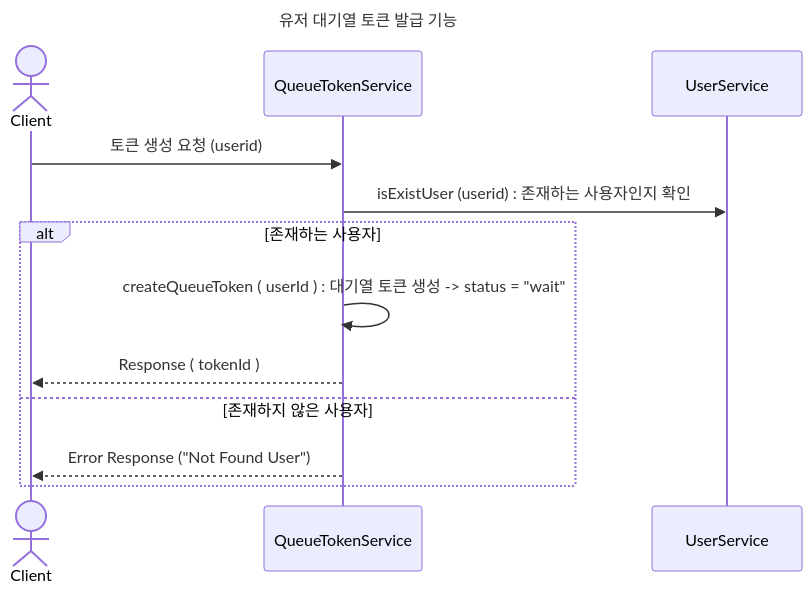
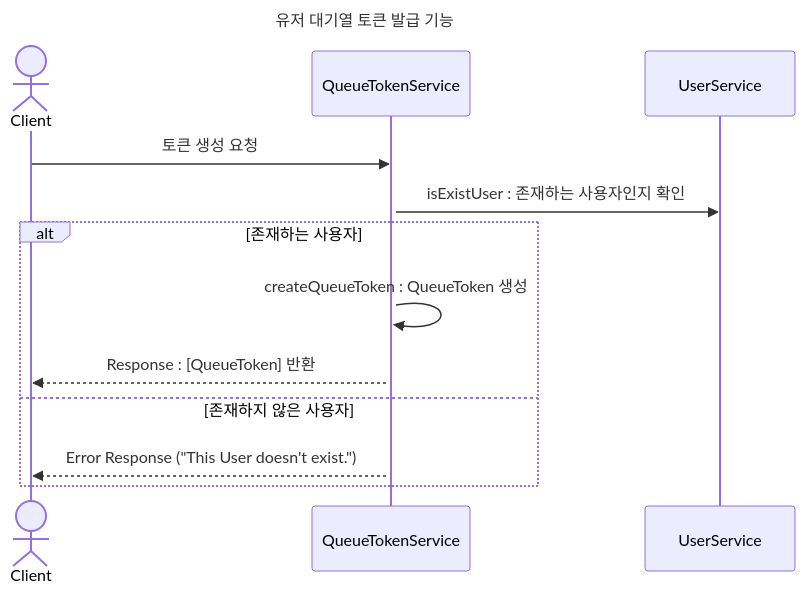
One commit to GustavEiffels/hhplus_server_build changed the diagram in design/sequence_diagram/유저_대기열_토큰_발급_API.md. Above: the diagram before and after it, drawn with Mermaid. The commit also changed 8 other files, not shown here.

Commit message:
[fix] 문서 수정 : sequece diagram

````diff
--- a/design/sequence_diagram/유저_대기열_토큰_발급_API.md
+++ b/design/sequence_diagram/유저_대기열_토큰_발급_API.md
@@ -1,21 +1,22 @@
 ```mermaid
 ---
 title: 유저 대기열 토큰 발급 기능 
 ---
 sequenceDiagram
-    actor Client as Client
-    participant TokenService as QueueTokenService
-    participant user as UserService
+    actor c as Client
+    participant t as QueueTokenService
+    participant u as UserService
 
-    Client->>TokenService: 토큰 생성 요청 (userid)  
-    TokenService ->> user  : isExistUser (userid) : 존재하는 사용자인지 확인 
+    c->>t: 토큰 생성 요청   
+    activate t
+    t->> u  : isExistUser : 존재하는 사용자인지 확인 
     alt 존재하는 사용자 
-        TokenService->>TokenService : createQueueToken ( userId ) : 대기열 토큰 생성 -> status = "wait" 
-        TokenService-->>Client: Response ( tokenId )
+        t->>t : createQueueToken : QueueToken 생성 
+        t-->>c: Response : [QueueToken] 반환 
     else 존재하지 않은 사용자 
-        TokenService-->>Client: Error Response ("Not Found User")
+        t-->>c: Error Response ("This User doesn't exist.")
     end
 
 
 
 ```
````
